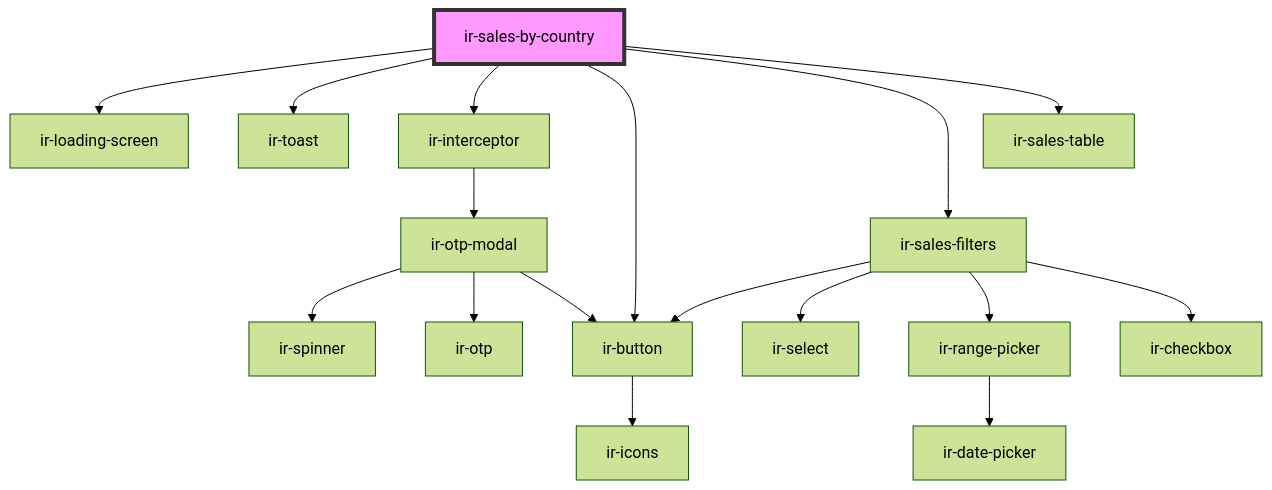
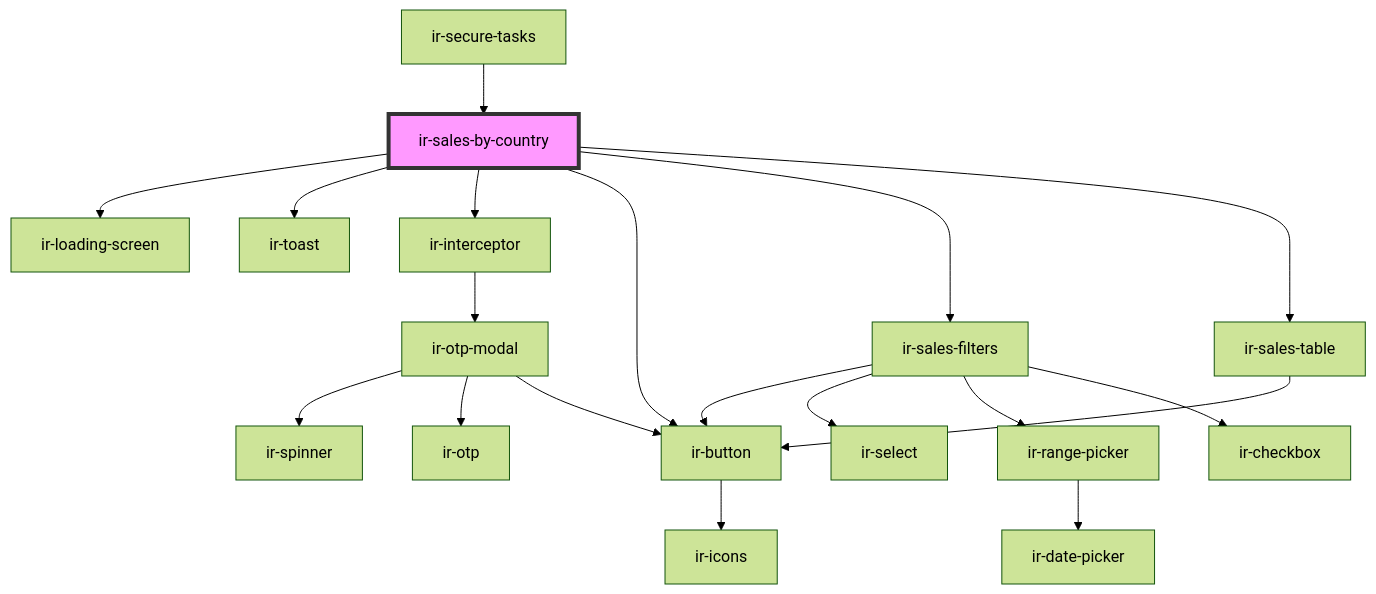
The diagram in src/components/ir-sales-by-country/readme.md (David1Chowaifaty/modified-ir-webcmp), drawn with Mermaid (forest theme) before and after one commit. The commit also changed other lines of this file and 14 other files, not shown here.

````diff
--- a/src/components/ir-sales-by-country/readme.md
+++ b/src/components/ir-sales-by-country/readme.md
@@ -30,20 +34,22 @@
 ```mermaid
 graph TD;
   ir-sales-by-country --> ir-loading-screen
   ir-sales-by-country --> ir-toast
   ir-sales-by-country --> ir-interceptor
   ir-sales-by-country --> ir-button
   ir-sales-by-country --> ir-sales-filters
   ir-sales-by-country --> ir-sales-table
   ir-interceptor --> ir-otp-modal
   ir-otp-modal --> ir-spinner
   ir-otp-modal --> ir-otp
   ir-otp-modal --> ir-button
   ir-button --> ir-icons
   ir-sales-filters --> ir-button
   ir-sales-filters --> ir-select
   ir-sales-filters --> ir-range-picker
   ir-sales-filters --> ir-checkbox
   ir-range-picker --> ir-date-picker
+  ir-sales-table --> ir-button
+  ir-secure-tasks --> ir-sales-by-country
   style ir-sales-by-country fill:#f9f,stroke:#333,stroke-width:4px
 ```
````
